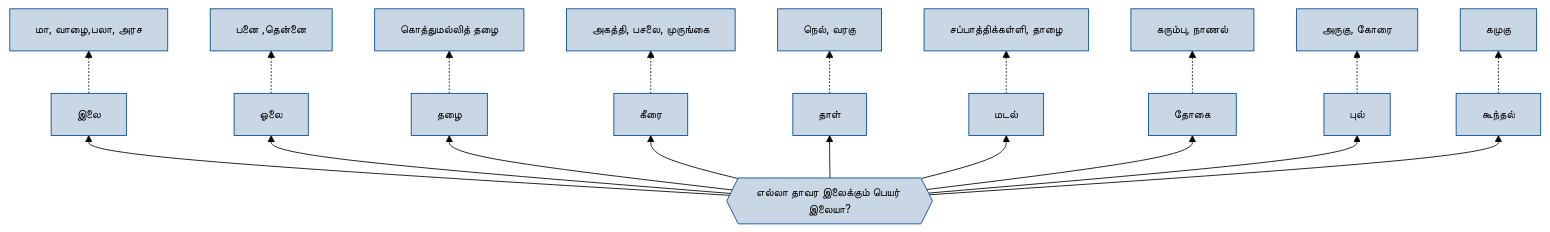
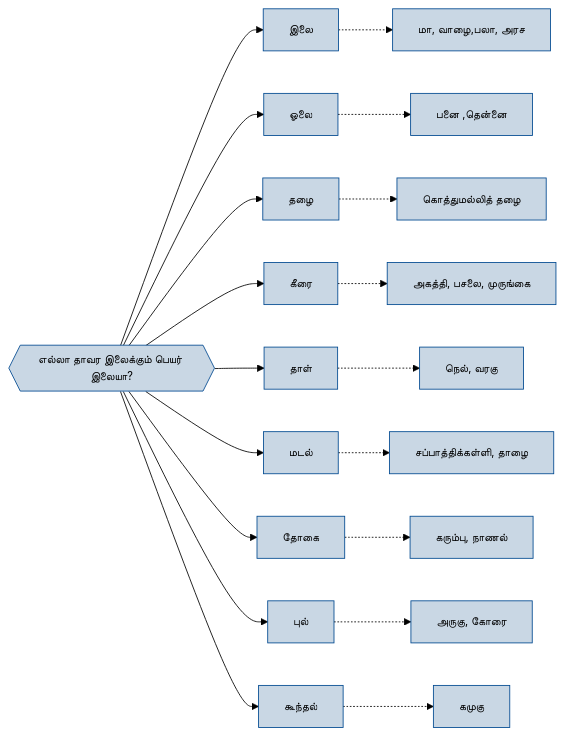
The diagram in leaf.md (karuthan/tamilwordcluster), drawn with Mermaid before and after one commit.

````diff
--- a/leaf.md
+++ b/leaf.md
@@ -3,43 +3,43 @@
 ```mermaid 
 %%{init: 
 {
   "theme": "forest",
   "themeVariables": {
     "darkMode": false,
     "nodeBorder" : "#004990",
     "mainBkg" : "#c9d7e4",
     "actorBkg" : "#01A6F0",
     "signalColor" : "#F34F1C",
     "textColor" : "#000000",
     "loopTextColor" : "#C7C7C7",
     "labelTextColor" : "#C7C7C7",
     "labelBoxBorderColor" : "#7FBC00",
     "labelBoxBkgColor" : "#7FBC00",
     "noteBkgColor" : "#FFBA01",
     "noteBorderColor": "#FFBA01",
     "fontFamily": "Verdana",
     "fontSize": "13px"
  }
 }
 }%%
-flowchart BT    
+flowchart LR    
  Question{{"எல்லா தாவர இலைக்கும் பெயர் இலையா?"}} --> leaf["இலை"] 
  Question --> oolai["ஓலை"]
  Question --> thalai["தழை"]  
  Question --> keerai["கீரை"]
  Question --> thaaal["தாள்"]
  Question --> madal["மடல்"]
  Question --> thogai["தோகை"]
  Question --> pul["புல்"]
  Question --> koonthal["கூந்தல்"]  
 
  leaf -.-> Vazhai["மா, வாழை,பலா, அரச"]
  oolai -.-> thenam["பனை ,தென்னை"]
  thalai -.-> malli["கொத்துமல்லித் தழை"]
  pul -.-> aruku["அருகு, கோரை"]
  keerai -.-> agathi["அகத்தி, பசலை, முருங்கை"]
  thaaal -.-> varagku["நெல், வரகு"]
  madal -.-> kalli["சப்பாத்திக்கள்ளி, தாழை "] 
  thogai -.-> karumbu["கரும்பு, நாணல் "]
  koonthal -.-> kamugu["கமுகு"]
  ```
````
